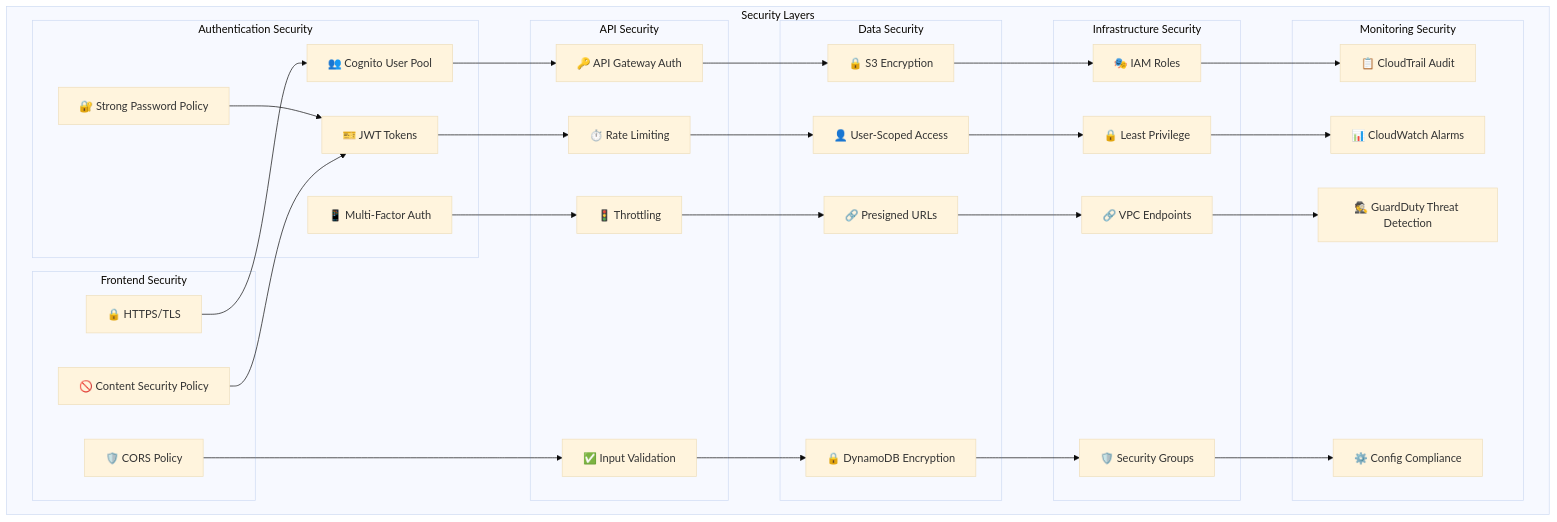
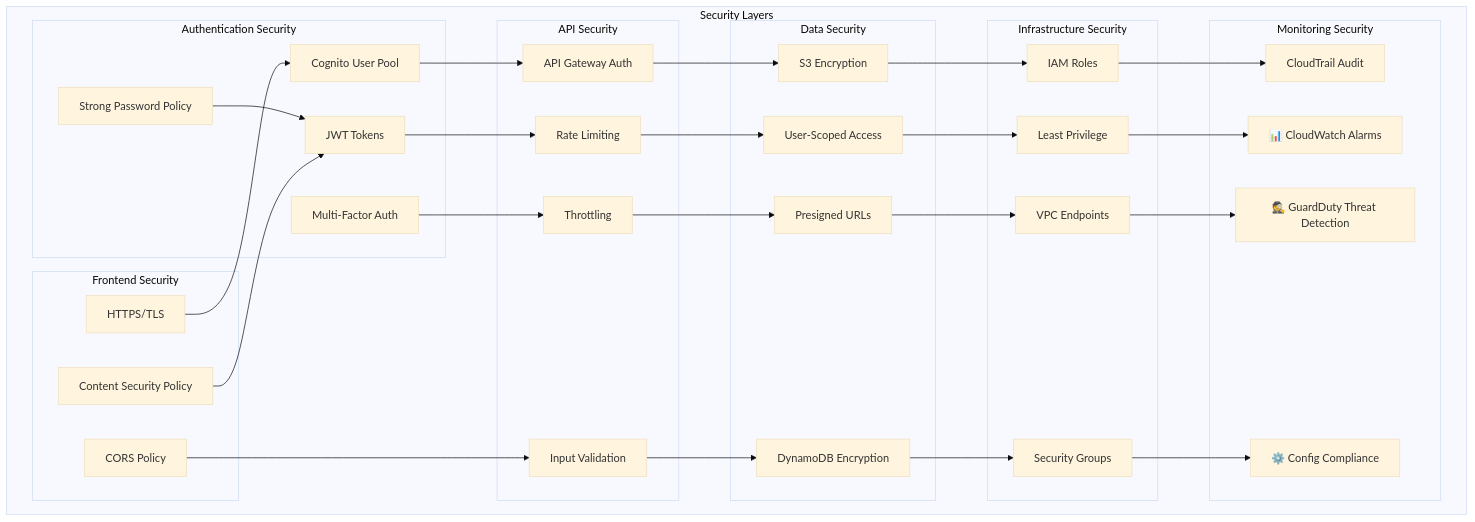
Before and after one commit to SanjeevGO123/drive-clone: the fifth of 10 diagrams in ARCHITECTURE_DIAGRAMS.md, drawn with Mermaid (base theme). The commit also changed other lines of this file, not shown here.

````diff
--- a/ARCHITECTURE_DIAGRAMS.md
+++ b/ARCHITECTURE_DIAGRAMS.md
@@ -516,70 +662,70 @@
 ```mermaid
 graph TB
     subgraph "Security Layers"
         subgraph "Frontend Security"
-            HTTPS[🔒 HTTPS/TLS]
-            CORS[🛡️ CORS Policy]
-            CSP[🚫 Content Security Policy]
+            HTTPS[HTTPS/TLS]
+            CORS[CORS Policy]
+            CSP[Content Security Policy]
         end
         
         subgraph "Authentication Security"
-            UserPool[👥 Cognito User Pool]
-            StrongPwd[🔐 Strong Password Policy]
-            MFA[📱 Multi-Factor Auth]
-            JWT[🎫 JWT Tokens]
+            UserPool[Cognito User Pool]
+            StrongPwd[Strong Password Policy]
+            MFA[Multi-Factor Auth]
+            JWT[JWT Tokens]
         end
         
         subgraph "API Security"
-            APIAuth[🔑 API Gateway Auth]
-            RateLimit[⏱️ Rate Limiting]
-            Throttling[🚦 Throttling]
-            InputVal[✅ Input Validation]
+            APIAuth[API Gateway Auth]
+            RateLimit[Rate Limiting]
+            Throttling[Throttling]
+            InputVal[Input Validation]
         end
         
         subgraph "Data Security"
-            S3Encrypt[🔒 S3 Encryption]
-            UserScope[👤 User-Scoped Access]
-            PresignedURL[🔗 Presigned URLs]
-            DDBEncrypt[🔒 DynamoDB Encryption]
+            S3Encrypt[S3 Encryption]
+            UserScope[User-Scoped Access]
+            PresignedURL[Presigned URLs]
+            DDBEncrypt[DynamoDB Encryption]
         end
         
         subgraph "Infrastructure Security"
-            IAMRoles[🎭 IAM Roles]
-            LeastPriv[🔒 Least Privilege]
-            VPCEndpoint[🔗 VPC Endpoints]
-            SecurityGroup[🛡️ Security Groups]
+            IAMRoles[IAM Roles]
+            LeastPriv[Least Privilege]
+            VPCEndpoint[VPC Endpoints]
+            SecurityGroup[Security Groups]
         end
         
         subgraph "Monitoring Security"
-            CloudTrail[📋 CloudTrail Audit]
+            CloudTrail[CloudTrail Audit]
             CloudWatch[📊 CloudWatch Alarms]
             GuardDuty[🕵️ GuardDuty Threat Detection]
             Config[⚙️ Config Compliance]
         end
     end
     
     %% Connections
     HTTPS --> UserPool
     UserPool --> APIAuth
     APIAuth --> S3Encrypt
     S3Encrypt --> IAMRoles
     IAMRoles --> CloudTrail
     
     StrongPwd --> JWT
     JWT --> RateLimit
     RateLimit --> UserScope
     UserScope --> LeastPriv
     LeastPriv --> CloudWatch
     
     MFA --> Throttling
     Throttling --> PresignedURL
     PresignedURL --> VPCEndpoint
     VPCEndpoint --> GuardDuty
     
     CORS --> InputVal
     InputVal --> DDBEncrypt
     DDBEncrypt --> SecurityGroup
     SecurityGroup --> Config
     
     CSP --> JWT
 ```
````
